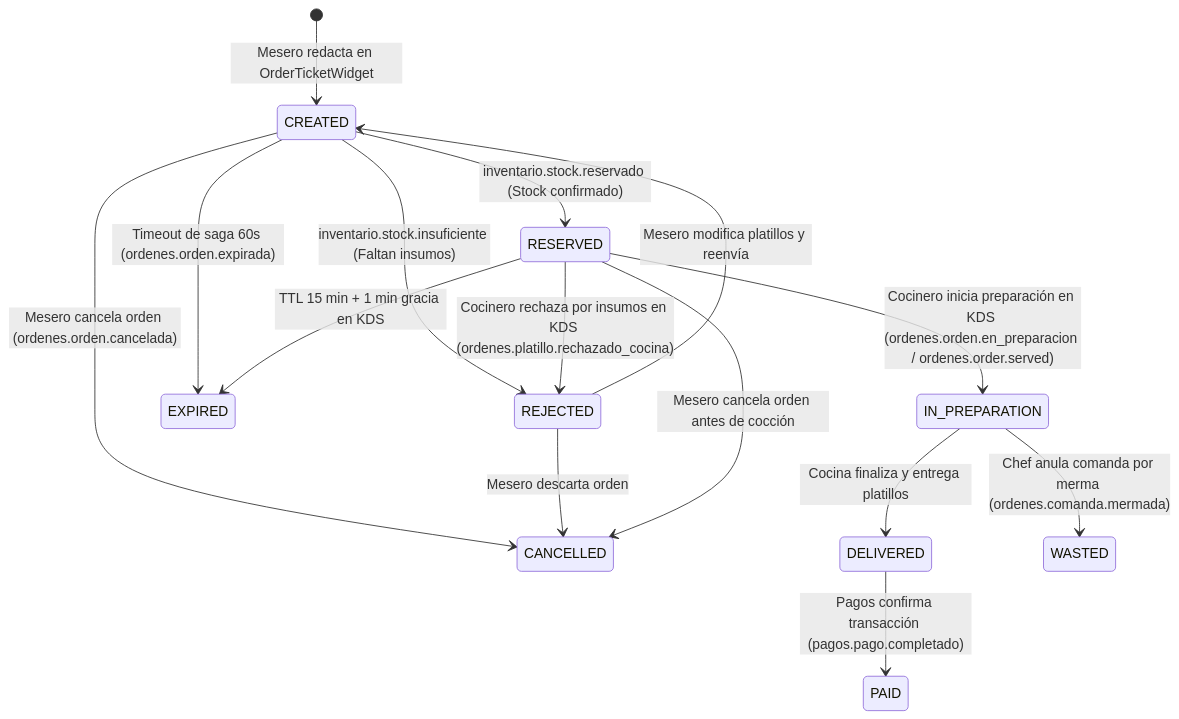
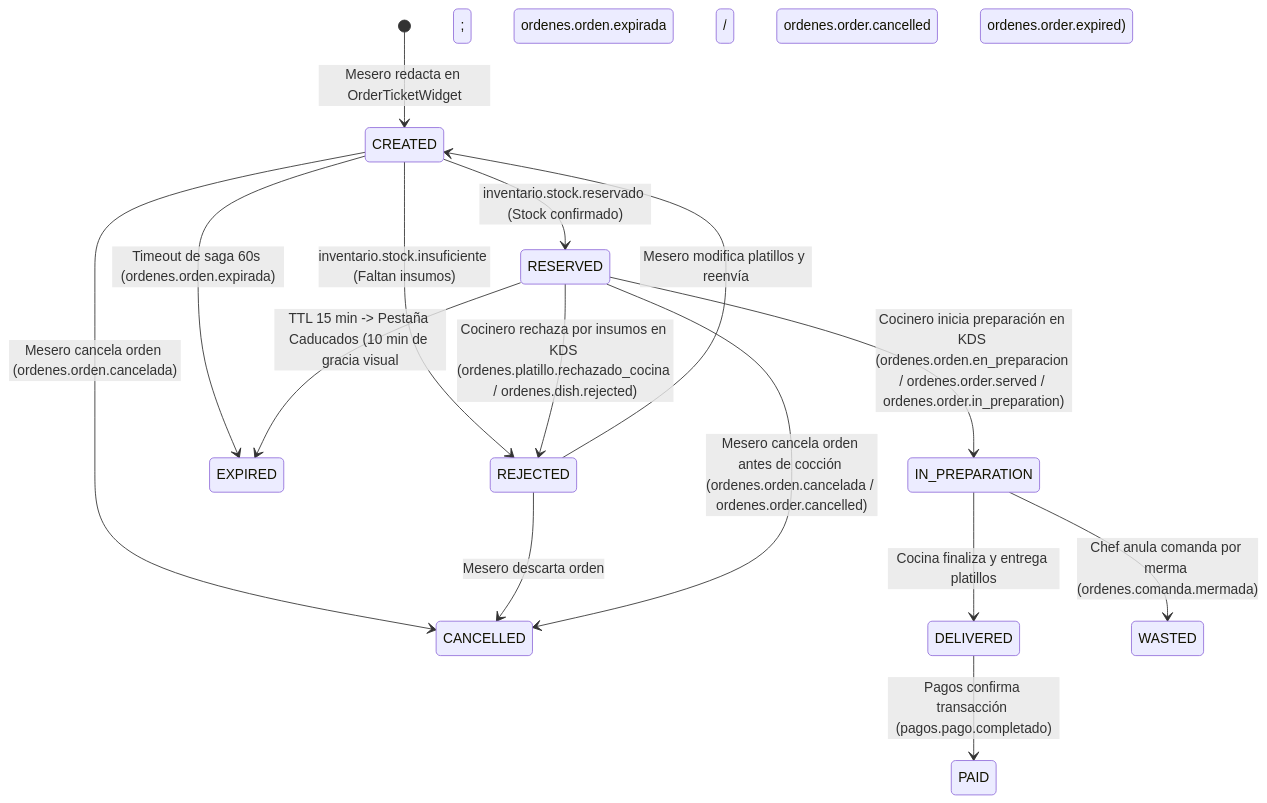
The diagram in docs/contratos_y_mensajes_integracion_ordenes_kds.md (FMAT-Restaurant/OrdersKDS-Backend), drawn with Mermaid before and after one commit. The commit also changed other lines of this file and 22 other files, not shown here.

````diff
--- a/docs/contratos_y_mensajes_integracion_ordenes_kds.md
+++ b/docs/contratos_y_mensajes_integracion_ordenes_kds.md
@@ -566,21 +622,21 @@
 ```mermaid
 stateDiagram-v2
     [*] --> CREATED: Mesero redacta en OrderTicketWidget
     CREATED --> RESERVED: inventario.stock.reservado (Stock confirmado)
     CREATED --> REJECTED: inventario.stock.insuficiente (Faltan insumos)
     CREATED --> CANCELLED: Mesero cancela orden (ordenes.orden.cancelada)
     CREATED --> EXPIRED: Timeout de saga 60s (ordenes.orden.expirada)
     
     REJECTED --> CREATED: Mesero modifica platillos y reenvía
     REJECTED --> CANCELLED: Mesero descarta orden
     
-    RESERVED --> IN_PREPARATION: Cocinero inicia preparación en KDS (ordenes.orden.en_preparacion / ordenes.order.served)
-    RESERVED --> REJECTED: Cocinero rechaza por insumos en KDS (ordenes.platillo.rechazado_cocina)
-    RESERVED --> EXPIRED: TTL 15 min + 1 min gracia en KDS
-    RESERVED --> CANCELLED: Mesero cancela orden antes de cocción
+    RESERVED --> IN_PREPARATION: Cocinero inicia preparación en KDS (ordenes.orden.en_preparacion / ordenes.order.served / ordenes.order.in_preparation)
+    RESERVED --> REJECTED: Cocinero rechaza por insumos en KDS (ordenes.platillo.rechazado_cocina / ordenes.dish.rejected)
+    RESERVED --> EXPIRED: TTL 15 min -> Pestaña Caducados (10 min de gracia visual; ordenes.orden.expirada / ordenes.order.cancelled / ordenes.order.expired)
+    RESERVED --> CANCELLED: Mesero cancela orden antes de cocción (ordenes.orden.cancelada / ordenes.order.cancelled)
     
     IN_PREPARATION --> DELIVERED: Cocina finaliza y entrega platillos
     IN_PREPARATION --> WASTED: Chef anula comanda por merma (ordenes.comanda.mermada)
     
     DELIVERED --> PAID: Pagos confirma transacción (pagos.pago.completado)
 ```
````
